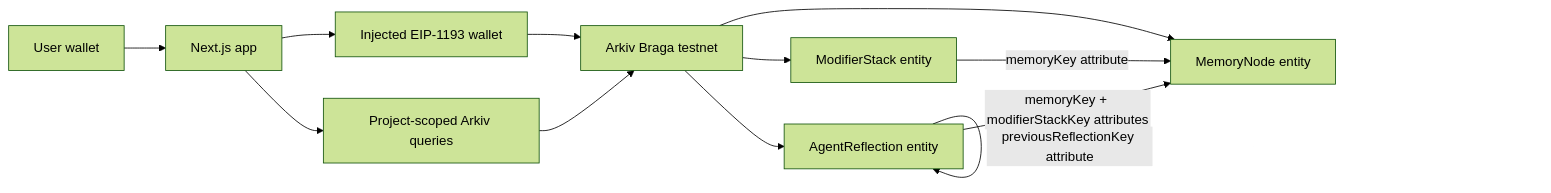
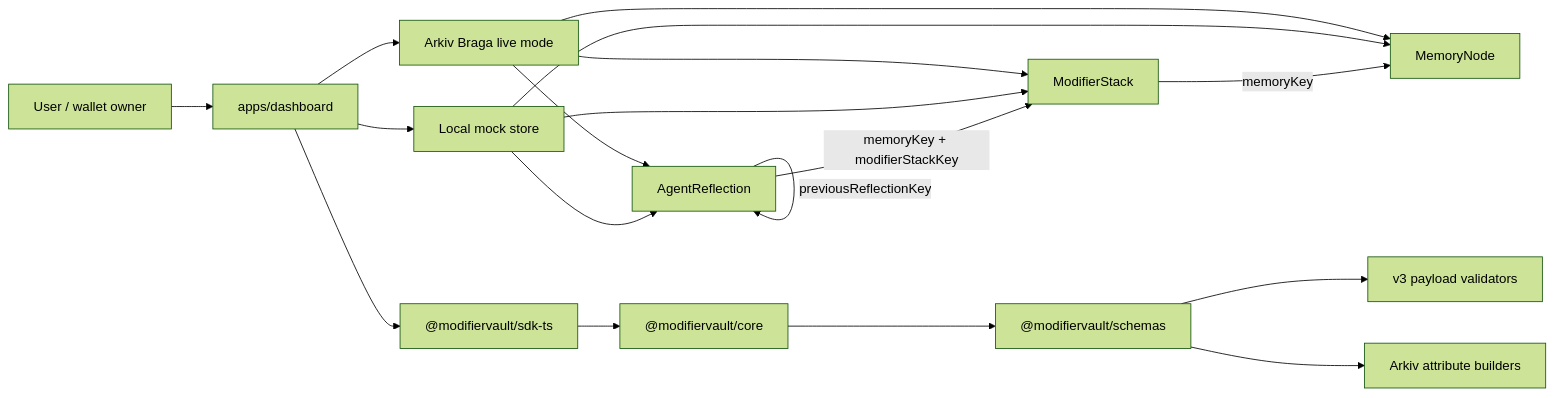
Before and after one commit to beaconsmith/arkiv-modifier-vault: the diagram in README.md, drawn with Mermaid (forest theme). The commit also changed other lines of this file and 67 other files, not shown here.

Commit message:
test: live Braga verification success & add EVIDENCE.md

````diff
--- a/README.md
+++ b/README.md
@@ -36,14 +30,20 @@
 ```mermaid
 flowchart LR
-  User["User wallet"] --> UI["Next.js app"]
-  UI --> Wallet["Injected EIP-1193 wallet"]
-  Wallet --> Braga["Arkiv Braga testnet"]
-  Braga --> Memory["MemoryNode entity"]
-  Braga --> Stack["ModifierStack entity"]
-  Braga --> Reflection["AgentReflection entity"]
-  Stack -- "memoryKey attribute" --> Memory
-  Reflection -- "memoryKey + modifierStackKey attributes" --> Memory
-  Reflection -- "previousReflectionKey attribute" --> Reflection
-  UI --> Query["Project-scoped Arkiv queries"]
-  Query --> Braga
+  User["User / wallet owner"] --> Dashboard["apps/dashboard"]
+  Dashboard --> Local["Local mock store"]
+  Dashboard --> Arkiv["Arkiv Braga live mode"]
+  Dashboard --> SDK["@modifiervault/sdk-ts"]
+  SDK --> Core["@modifiervault/core"]
+  Core --> Schemas["@modifiervault/schemas"]
+  Schemas --> Payloads["v3 payload validators"]
+  Schemas --> Attributes["Arkiv attribute builders"]
+  Arkiv --> Memory["MemoryNode"]
+  Arkiv --> Stack["ModifierStack"]
+  Arkiv --> Reflection["AgentReflection"]
+  Local --> Memory
+  Local --> Stack
+  Local --> Reflection
+  Stack -- "memoryKey" --> Memory
+  Reflection -- "memoryKey + modifierStackKey" --> Stack
+  Reflection -- "previousReflectionKey" --> Reflection
 ```
````
